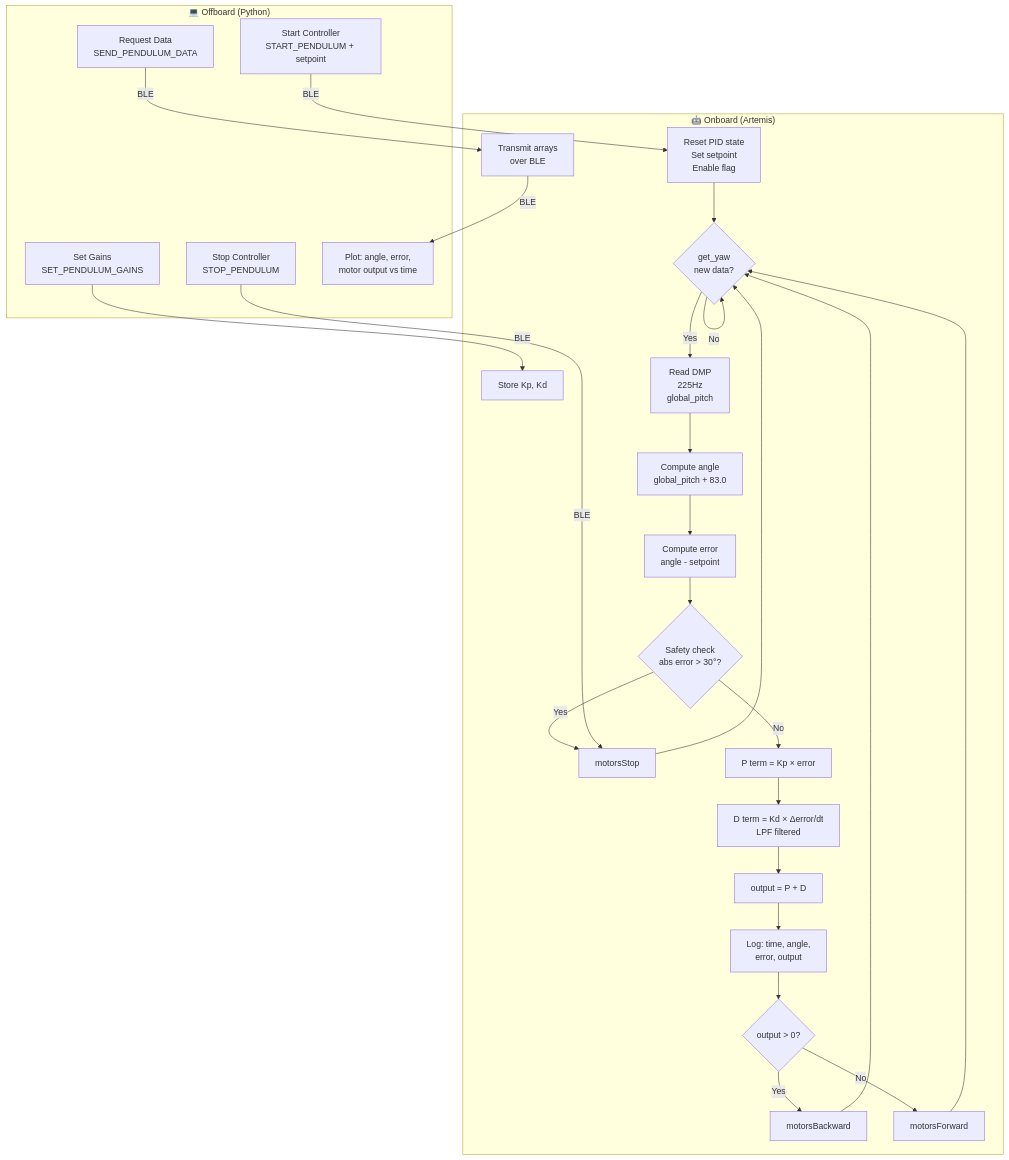
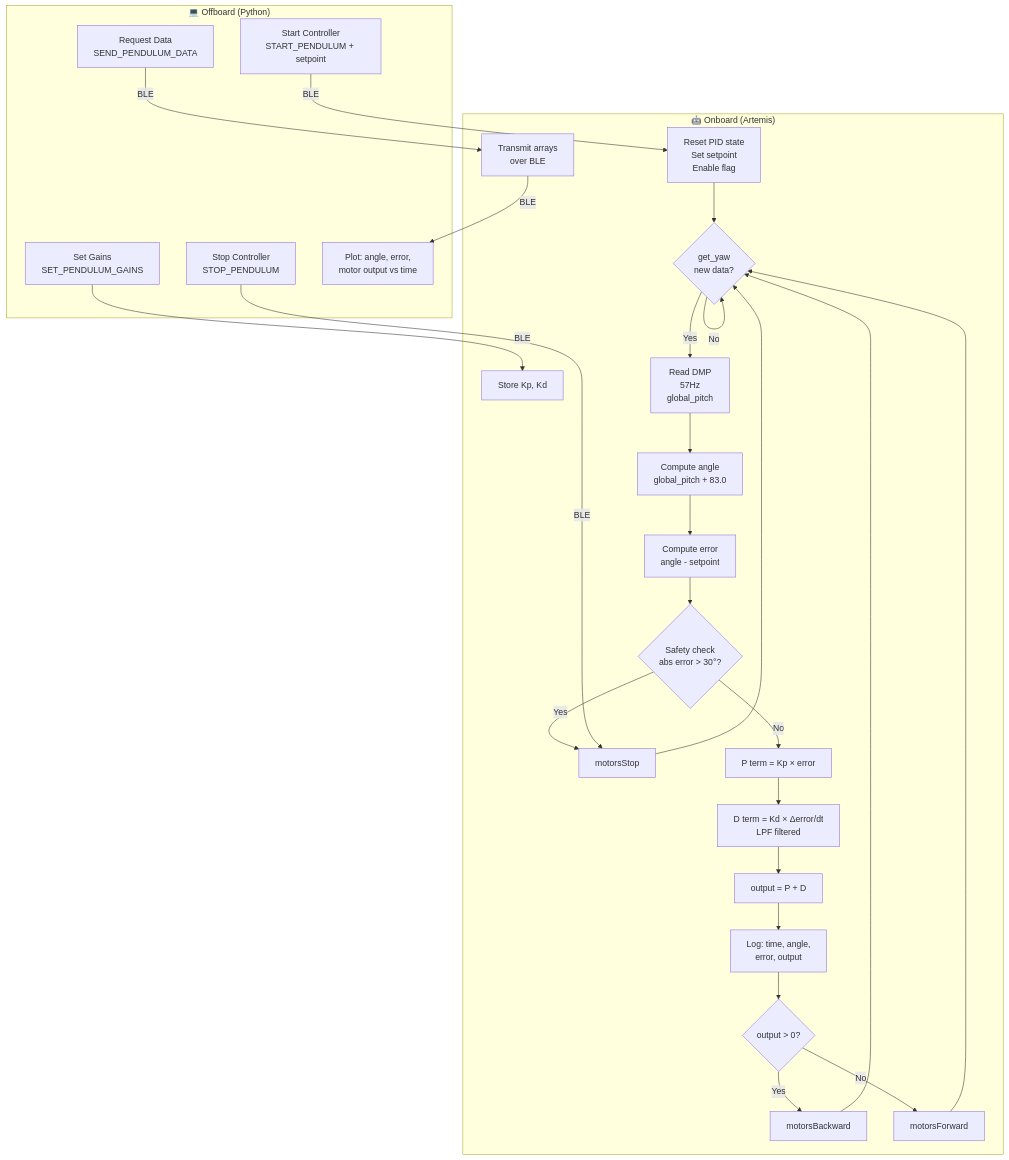
One commit to maiahirsch/maiahirsch.github.io changed the diagram in docs/lab12.md. Above: the diagram before and after it, drawn with Mermaid. The commit also changed other lines of this file, not shown here.

```diff
--- a/docs/lab12.md
+++ b/docs/lab12.md
@@ -125,50 +125,50 @@
 <div class="mermaid">
 flowchart TD
     subgraph Offboard ["💻 Offboard (Python)"]
         A[Set Gains\nSET_PENDULUM_GAINS] 
         B[Start Controller\nSTART_PENDULUM + setpoint]
         C[Stop Controller\nSTOP_PENDULUM]
         D[Request Data\nSEND_PENDULUM_DATA]
         E[Plot: angle, error,\nmotor output vs time]
     end
     subgraph Onboard ["🤖 Onboard (Artemis)"]
         F[Store Kp, Kd]
         G[Reset PID state\nSet setpoint\nEnable flag]
         H{get_yaw\nnew data?}
-        I[Read DMP\n225Hz\nglobal_pitch]
+        I[Read DMP\n57Hz\nglobal_pitch]
         J[Compute angle\nglobal_pitch + 83.0]
         K[Compute error\nangle - setpoint]
         L{Safety check\nabs error > 30°?}
         M[motorsStop]
         N[P term = Kp × error]
         O[D term = Kd × Δerror/dt\nLPF filtered]
         P[output = P + D]
         Q[Log: time, angle,\nerror, output]
         R{output > 0?}
         S[motorsBackward]
         T[motorsForward]
         U[Transmit arrays\nover BLE]
     end
     A -->|BLE| F
     B -->|BLE| G
     G --> H
     H -->|No| H
     H -->|Yes| I
     I --> J
     J --> K
     K --> L
     L -->|Yes| M
     M --> H
     L -->|No| N
     N --> O
     O --> P
     P --> Q
     Q --> R
     R -->|Yes| S
     R -->|No| T
     S --> H
     T --> H
     C -->|BLE| M
     D -->|BLE| U
     U -->|BLE| E
 </div>
```
